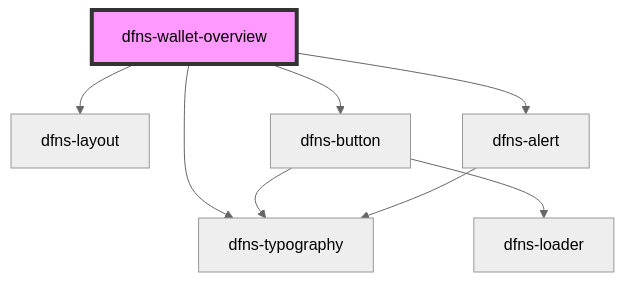
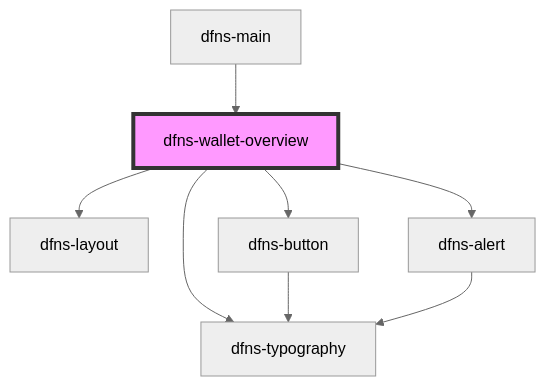
One commit to dfnsext/web-ui changed the diagram in src/components/Pages/dfns-wallet-overview/readme.md. Above: the diagram before and after it, drawn with Mermaid (neutral theme). The commit also changed other lines of this file and 23 other files, not shown here.

````diff
--- a/src/components/Pages/dfns-wallet-overview/readme.md
+++ b/src/components/Pages/dfns-wallet-overview/readme.md
@@ -37,11 +29,11 @@
 ```mermaid
 graph TD;
   dfns-wallet-overview --> dfns-layout
   dfns-wallet-overview --> dfns-typography
   dfns-wallet-overview --> dfns-button
   dfns-wallet-overview --> dfns-alert
   dfns-button --> dfns-typography
-  dfns-button --> dfns-loader
   dfns-alert --> dfns-typography
+  dfns-main --> dfns-wallet-overview
   style dfns-wallet-overview fill:#f9f,stroke:#333,stroke-width:4px
 ```
````
